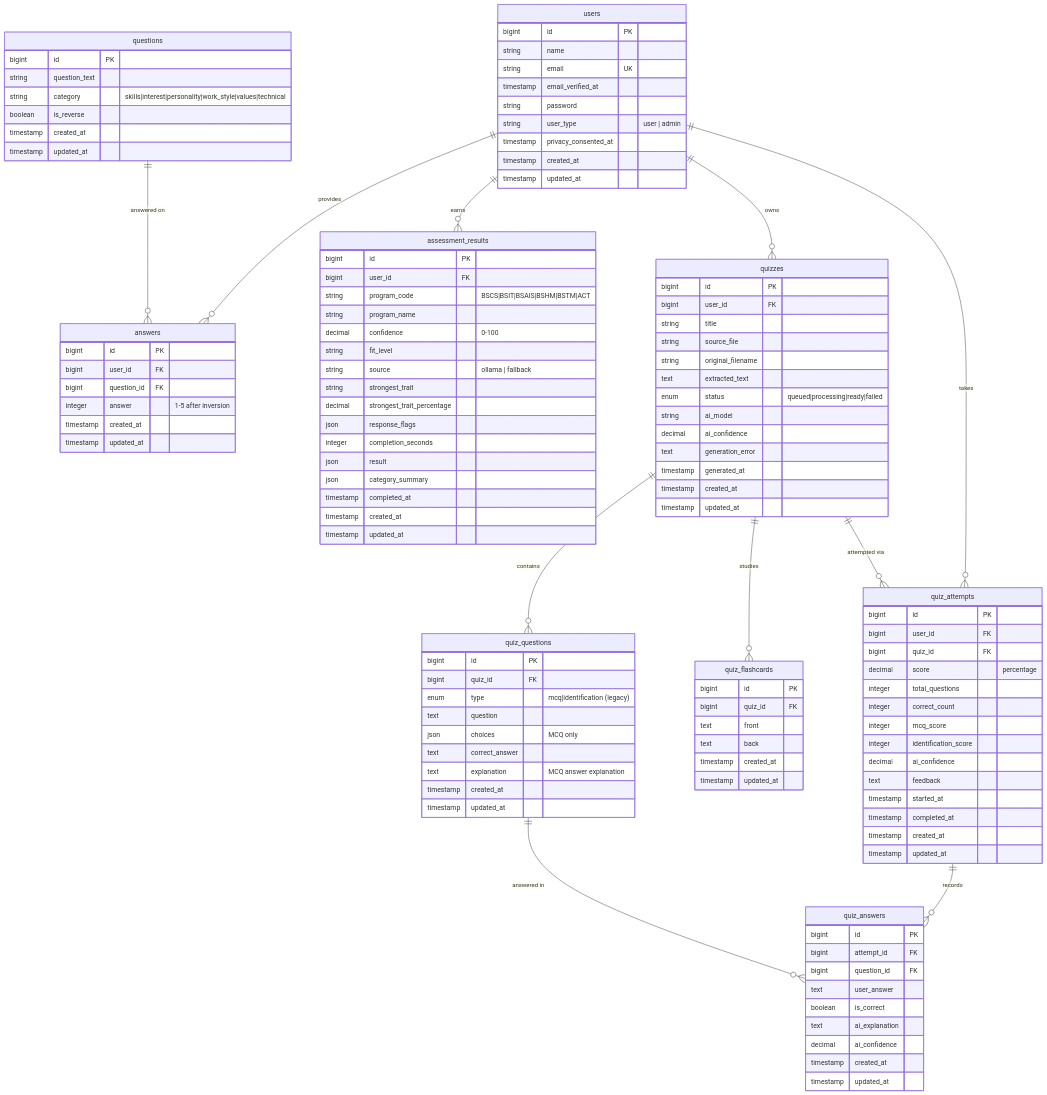
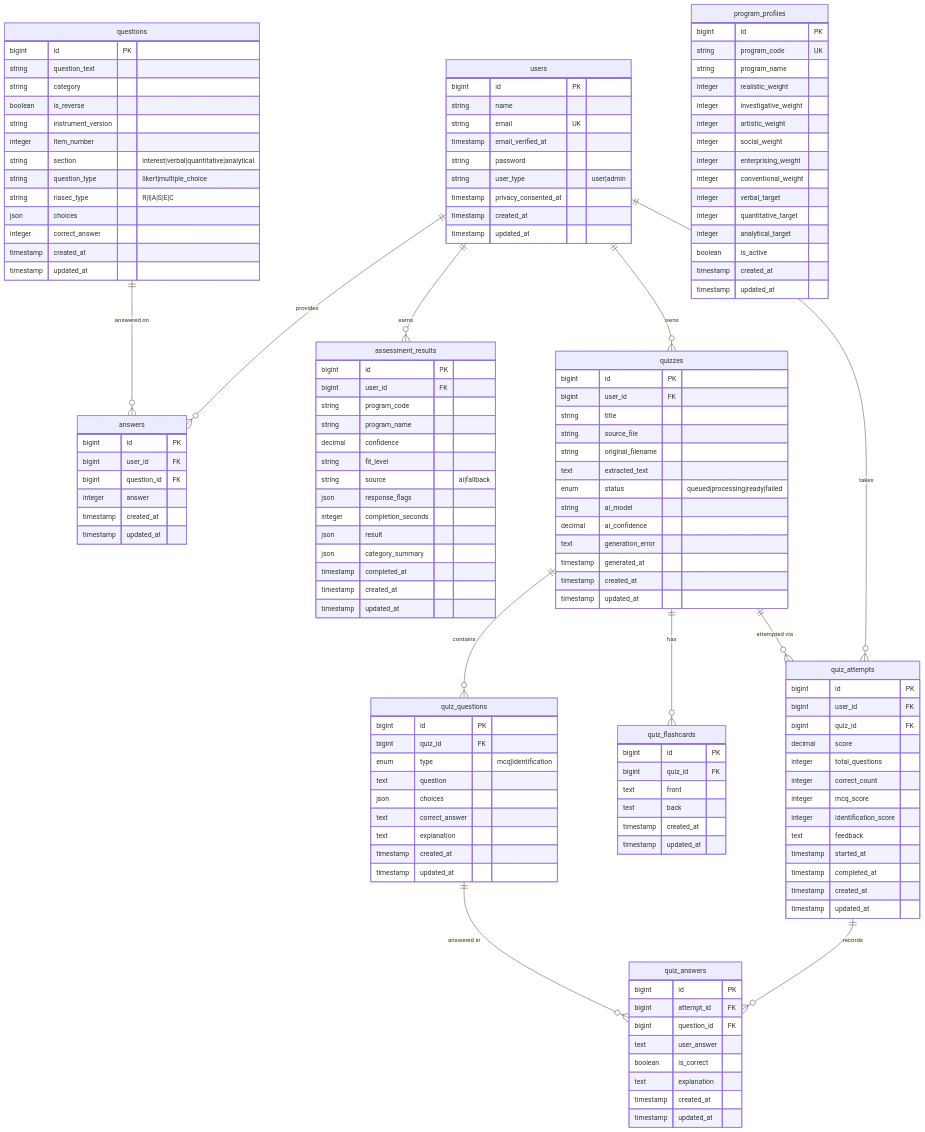
Before and after one commit to natsuck/aguhonai: the diagram in docs/thesis-diagrams/12-erd.md, drawn with Mermaid. The commit also changed other lines of this file and 20 other files, not shown here.

Commit message:
added diagrams

```diff
--- a/docs/thesis-diagrams/12-erd.md
+++ b/docs/thesis-diagrams/12-erd.md
@@ -8,7 +8,7 @@
         string email UK
         timestamp email_verified_at
         string password
-        string user_type "user | admin"
+        string user_type "user|admin"
         timestamp privacy_consented_at
         timestamp created_at
         timestamp updated_at
@@ -17,8 +17,15 @@
     questions {
         bigint id PK
         string question_text
-        string category "skills|interest|personality|work_style|values|technical"
+        string category
         boolean is_reverse
+        string instrument_version
+        integer item_number
+        string section "interest|verbal|quantitative|analytical"
+        string question_type "likert|multiple_choice"
+        string riasec_type "R|I|A|S|E|C"
+        json choices
+        integer correct_answer
         timestamp created_at
         timestamp updated_at
     }
@@ -27,7 +34,7 @@
         bigint id PK
         bigint user_id FK
         bigint question_id FK
-        integer answer "1-5 after inversion"
+        integer answer
         timestamp created_at
         timestamp updated_at
     }
@@ -35,18 +42,34 @@
     assessment_results {
         bigint id PK
         bigint user_id FK
-        string program_code "BSCS|BSIT|BSAIS|BSHM|BSTM|ACT"
+        string program_code
         string program_name
-        decimal confidence "0-100"
+        decimal confidence
         string fit_level
-        string source "ollama | fallback"
-        string strongest_trait
-        decimal strongest_trait_percentage
+        string source "ai|fallback"
         json response_flags
         integer completion_seconds
         json result
         json category_summary
         timestamp completed_at
+        timestamp created_at
+        timestamp updated_at
+    }
+
+    program_profiles {
+        bigint id PK
+        string program_code UK
+        string program_name
+        integer realistic_weight
+        integer investigative_weight
+        integer artistic_weight
+        integer social_weight
+        integer enterprising_weight
+        integer conventional_weight
+        integer verbal_target
+        integer quantitative_target
+        integer analytical_target
+        boolean is_active
         timestamp created_at
         timestamp updated_at
     }
@@ -70,11 +93,11 @@
     quiz_questions {
         bigint id PK
         bigint quiz_id FK
-        enum type "mcq|identification (legacy)"
+        enum type "mcq|identification"
         text question
-        json choices "MCQ only"
+        json choices
         text correct_answer
-        text explanation "MCQ answer explanation"
+        text explanation
         timestamp created_at
         timestamp updated_at
     }
@@ -92,12 +115,11 @@
         bigint id PK
         bigint user_id FK
         bigint quiz_id FK
-        decimal score "percentage"
+        decimal score
         integer total_questions
         integer correct_count
         integer mcq_score
         integer identification_score
-        decimal ai_confidence
         text feedback
         timestamp started_at
         timestamp completed_at
@@ -111,8 +133,7 @@
         bigint question_id FK
         text user_answer
         boolean is_correct
-        text ai_explanation
-        decimal ai_confidence
+        text explanation
         timestamp created_at
         timestamp updated_at
     }
@@ -122,7 +143,7 @@
     users ||--o{ assessment_results : "earns"
     users ||--o{ quizzes : "owns"
     quizzes ||--o{ quiz_questions : "contains"
-    quizzes ||--o{ quiz_flashcards : "studies"
+    quizzes ||--o{ quiz_flashcards : "has"
     quizzes ||--o{ quiz_attempts : "attempted via"
     users ||--o{ quiz_attempts : "takes"
     quiz_attempts ||--o{ quiz_answers : "records"
```
